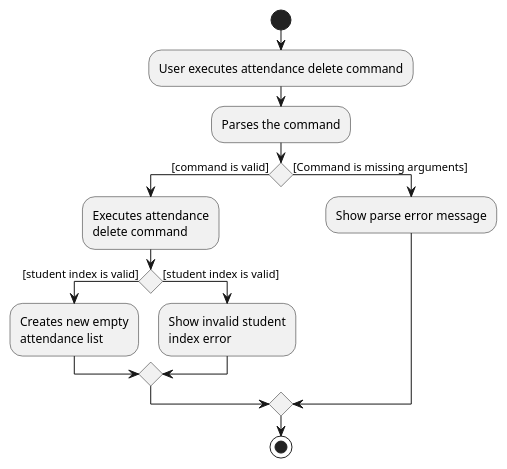
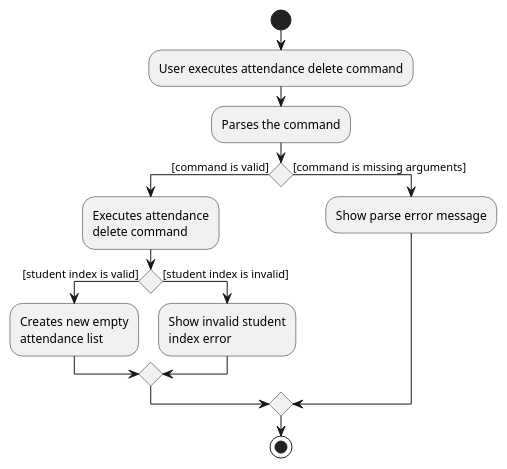
Before and after one commit to nus-cs2103-AY2223S1/tp: the diagram in docs/diagrams/AttendanceDeleteActivityDiagram.puml, drawn with PlantUML. The commit also changed 8 other files, not shown here.

```diff
--- a/docs/diagrams/AttendanceDeleteActivityDiagram.puml
+++ b/docs/diagrams/AttendanceDeleteActivityDiagram.puml
@@ -1,21 +1,21 @@
 @startuml
 start
 :User executes attendance delete command;
 
 :Parses the command;
 
 if() then ([command is valid])
     :Executes attendance
     delete command;
     if() then ([student index is valid])
         :Creates new empty
         attendance list;
-    else([student index is valid])
+    else([student index is invalid])
         :Show invalid student
         index error;
     endif
-else([Command is missing arguments])
+else([command is missing arguments])
     :Show parse error message;
 endif
 stop
 @enduml
```
